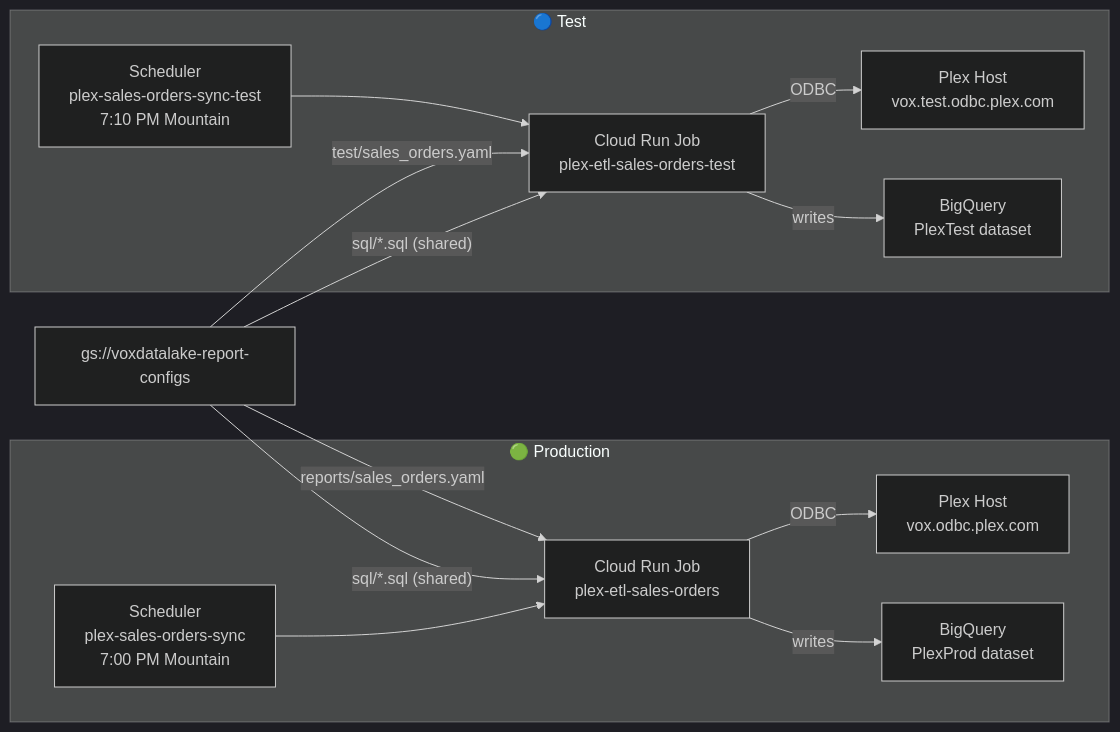
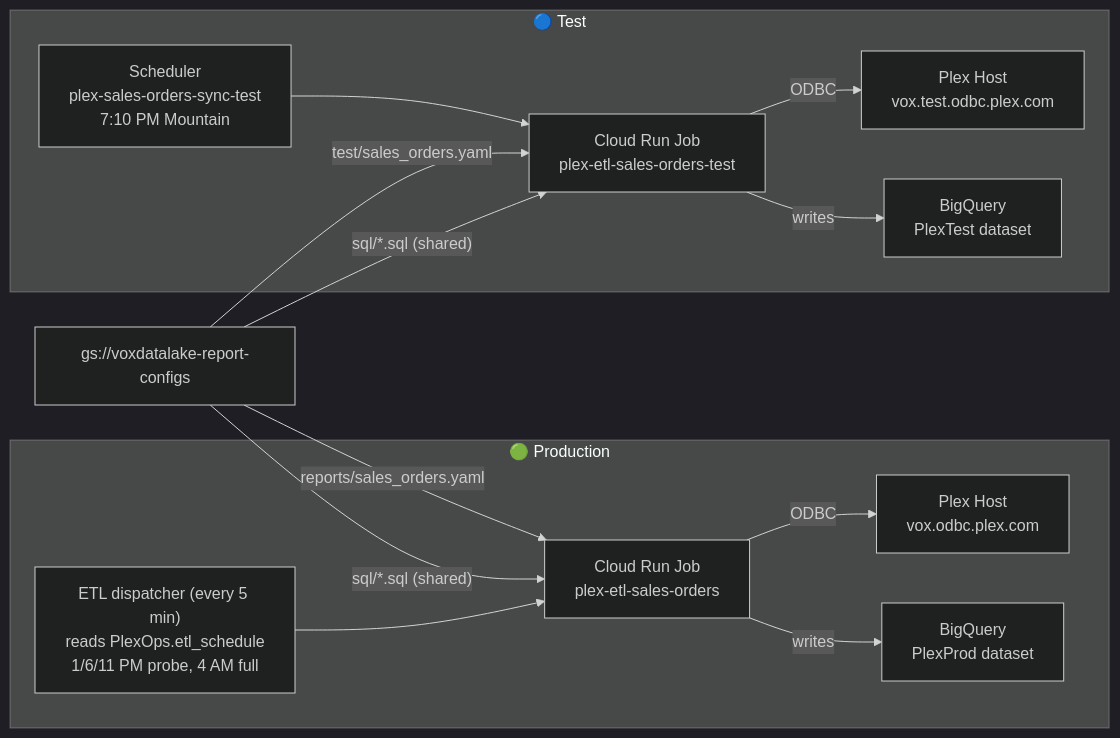
The second of 3 diagrams in docs/CHEATSHEET.md (Parasol-Group-Inc/plex-to-big-query), drawn with Mermaid (dark theme) before and after one commit. The commit also changed other lines of this file and 29 other files, not shown here.

First line of the commit message:
Review fixes: Label Design window removed, Plex API push archived, probe/dispatcher/paging hardening, docs aligned to live vs paused

````diff
--- a/docs/CHEATSHEET.md
+++ b/docs/CHEATSHEET.md
@@ -296,29 +298,29 @@
 ```mermaid
 graph LR
     GCS["gs://voxdatalake-report-configs"]
 
     subgraph PROD["🟢 Production"]
         PJ["Cloud Run Job\nplex-etl-sales-orders"]
-        PS["Scheduler\nplex-sales-orders-sync\n7:00 PM Mountain"]
+        PS["ETL dispatcher (every 5 min)\nreads PlexOps.etl_schedule\n1/6/11 PM probe, 4 AM full"]
         PH["Plex Host\nvox.odbc.plex.com"]
         PD["BigQuery\nPlexProd dataset"]
         PS --> PJ
         PJ -->|ODBC| PH
         PJ -->|writes| PD
     end
 
     subgraph TEST["🔵 Test"]
         TJ["Cloud Run Job\nplex-etl-sales-orders-test"]
         TS["Scheduler\nplex-sales-orders-sync-test\n7:10 PM Mountain"]
         TH["Plex Host\nvox.test.odbc.plex.com"]
         TD["BigQuery\nPlexTest dataset"]
         TS --> TJ
         TJ -->|ODBC| TH
         TJ -->|writes| TD
     end
 
     GCS -->|"reports/sales_orders.yaml"| PJ
     GCS -->|"test/sales_orders.yaml"| TJ
     GCS -->|"sql/*.sql (shared)"| PJ
     GCS -->|"sql/*.sql (shared)"| TJ
 ```
````
